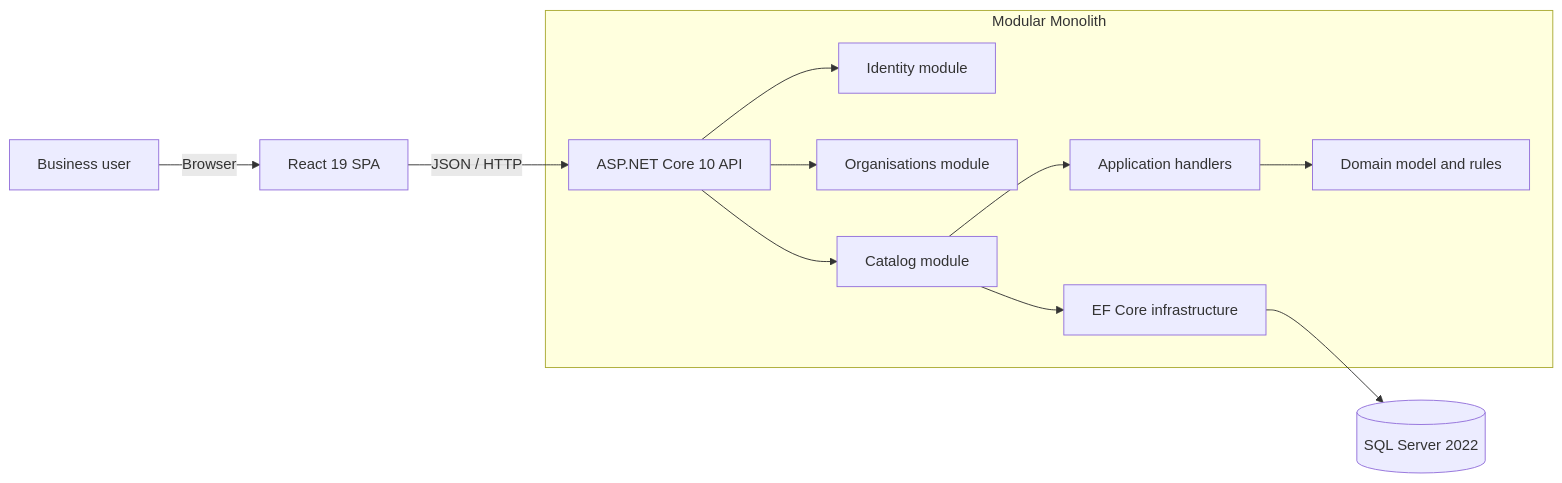
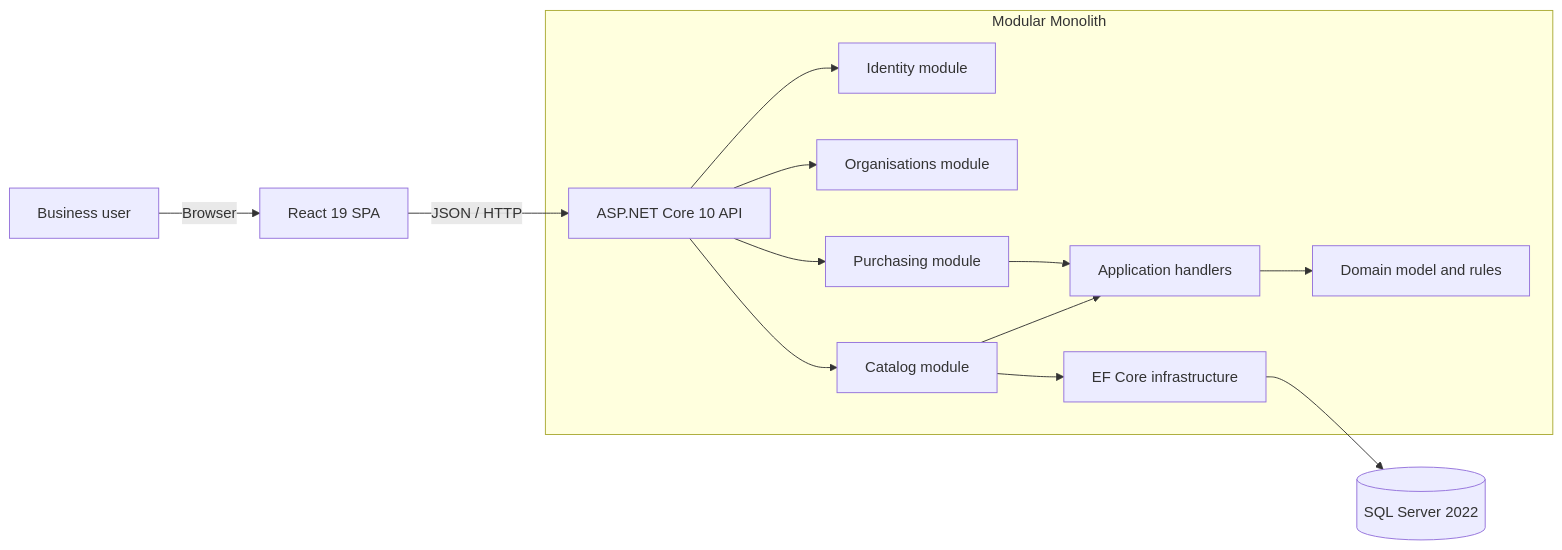
Before and after one commit to Lee-shiwu/TradeFlow: the diagram in README.md, drawn with Mermaid. The commit also changed other lines of this file and 1 other file, not shown here.

````diff
--- a/README.md
+++ b/README.md
@@ -50,16 +60,18 @@
 ```mermaid
 flowchart LR
     User[Business user] -->|Browser| Web[React 19 SPA]
     Web -->|JSON / HTTP| Api[ASP.NET Core 10 API]
 
     subgraph Modular Monolith
         Api --> Identity[Identity module]
         Api --> Organisations[Organisations module]
         Api --> Catalog[Catalog module]
+        Api --> Purchasing[Purchasing module]
         Catalog --> Application[Application handlers]
+        Purchasing --> Application
         Application --> Domain[Domain model and rules]
         Catalog --> Infrastructure[EF Core infrastructure]
     end
 
     Infrastructure --> Sql[(SQL Server 2022)]
 ```
````
